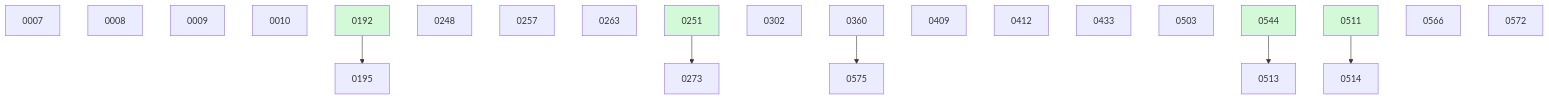
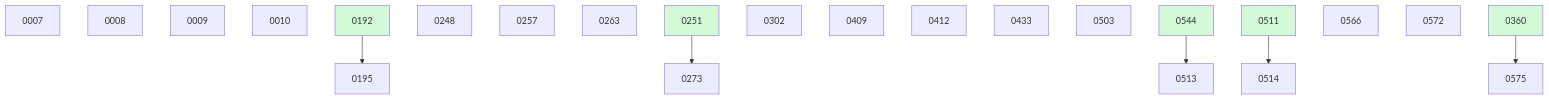
One commit to danielhanold/docket changed the diagram in docs/changes/BOARD.md. Above: the diagram before and after it, drawn with Mermaid. The commit also changed other lines of this file and 4 other files, not shown here.

````diff
--- a/docs/changes/BOARD.md
+++ b/docs/changes/BOARD.md
@@ -40,28 +34,28 @@
 ```mermaid
 graph TD
   0007
   0008
   0009
   0010
   0192 --> 0195
   0248
   0257
   0263
   0251 --> 0273
   0302
-  0360
   0409
   0412
   0433
   0503
   0544 --> 0513
   0511 --> 0514
   0566
   0572
   0360 --> 0575
   0192:::done
   0251:::done
+  0360:::done
   0511:::done
   0544:::done
   classDef done fill:#d3f9d8;
 ```
````
